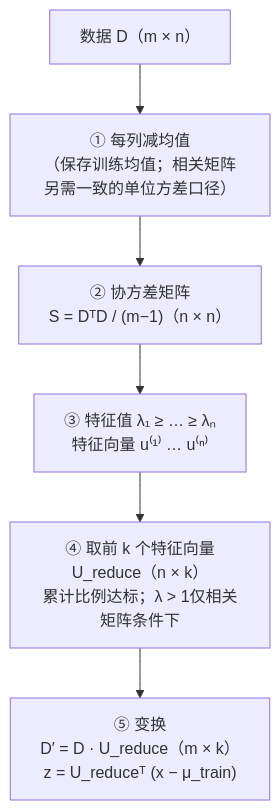
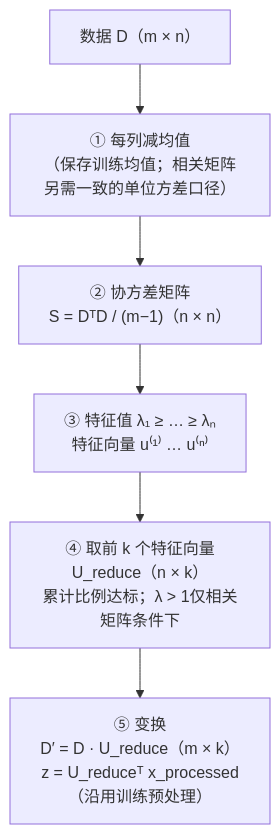
One commit to CercaTrovato/cityu-ai-course-notes changed diagram 14 of 14 in IS6400_Business_Data_Analytics/notes/M04-特征工程-特征重要性与降维.md. Above: the diagram before and after it, drawn with Mermaid. The commit also changed other lines of this file and 2300 other files, not shown here.

First line of the commit message:
完善五课程逐页学习笔记、课件原图与修补规范

````diff
--- a/IS6400_Business_Data_Analytics/notes/M04-特征工程-特征重要性与降维.md
+++ b/IS6400_Business_Data_Analytics/notes/M04-特征工程-特征重要性与降维.md
@@ -3845,8 +4334,8 @@
 ```mermaid
 flowchart TD
     D0["数据 D（m × n）"] --> C["① 每列减均值<br/>（保存训练均值；相关矩阵另需一致的单位方差口径）"]
     C --> S["② 协方差矩阵<br/>S = DᵀD / (m−1)（n × n）"]
     S --> E["③ 特征值 λ₁ ≥ … ≥ λₙ<br/>特征向量 u⁽¹⁾ … u⁽ⁿ⁾"]
     E --> K["④ 取前 k 个特征向量<br/>U_reduce（n × k）<br/>累计比例达标；λ > 1仅相关矩阵条件下"]
-    K --> Z["⑤ 变换<br/>D′ = D · U_reduce（m × k）<br/>z = U_reduceᵀ (x − μ_train)"]
+    K --> Z["⑤ 变换<br/>D′ = D · U_reduce（m × k）<br/>z = U_reduceᵀ x_processed（沿用训练预处理）"]
 ```
````
